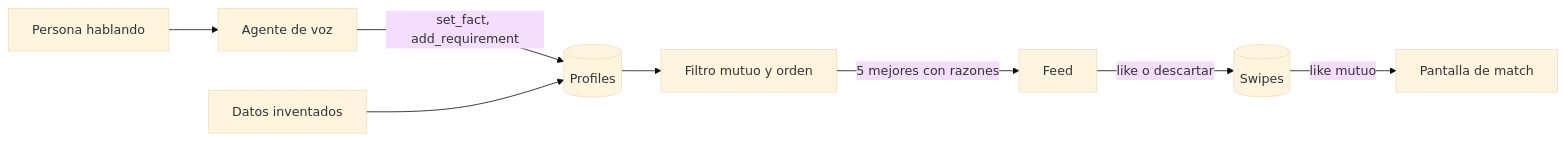
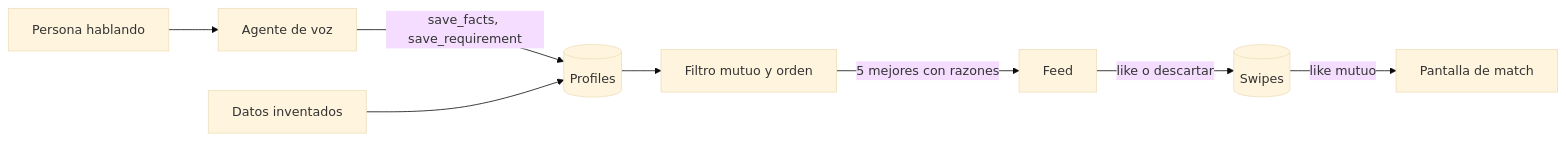
Before and after one commit to anderescaray/hackathon-openai: the diagram in docs/2-system-design.md, drawn with Mermaid (base theme). The commit also changed other lines of this file and 3 other files, not shown here.

Commit message:
docs: record realtime voice architecture and adolfo's plan

````diff
--- a/docs/2-system-design.md
+++ b/docs/2-system-design.md
@@ -14,10 +14,10 @@
 ```mermaid
 flowchart LR
   P[Persona hablando] --> V[Agente de voz]
-  V -->|set_fact, add_requirement| S[(Profiles)]
+  V -->|save_facts, save_requirement| S[(Profiles)]
   SEED[Datos inventados] --> S
   S --> M[Filtro mutuo y orden]
   M -->|5 mejores con razones| F[Feed]
   F -->|like o descartar| W[(Swipes)]
   W -->|like mutuo| X[Pantalla de match]
 ```
````
